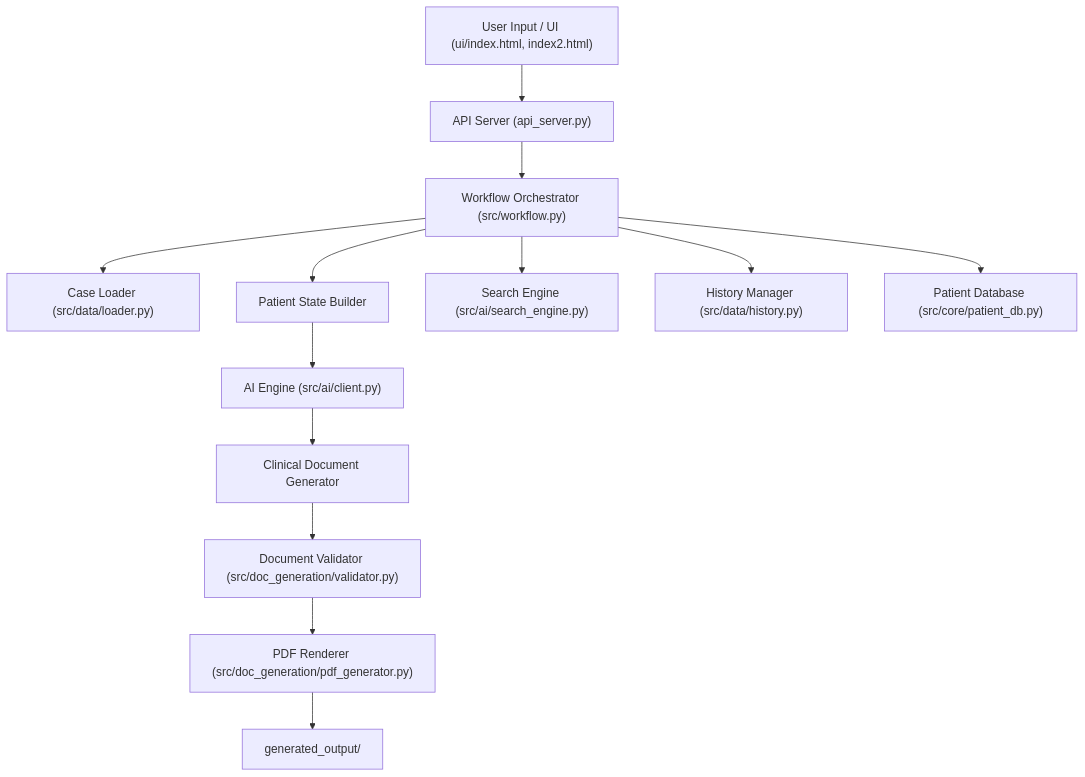
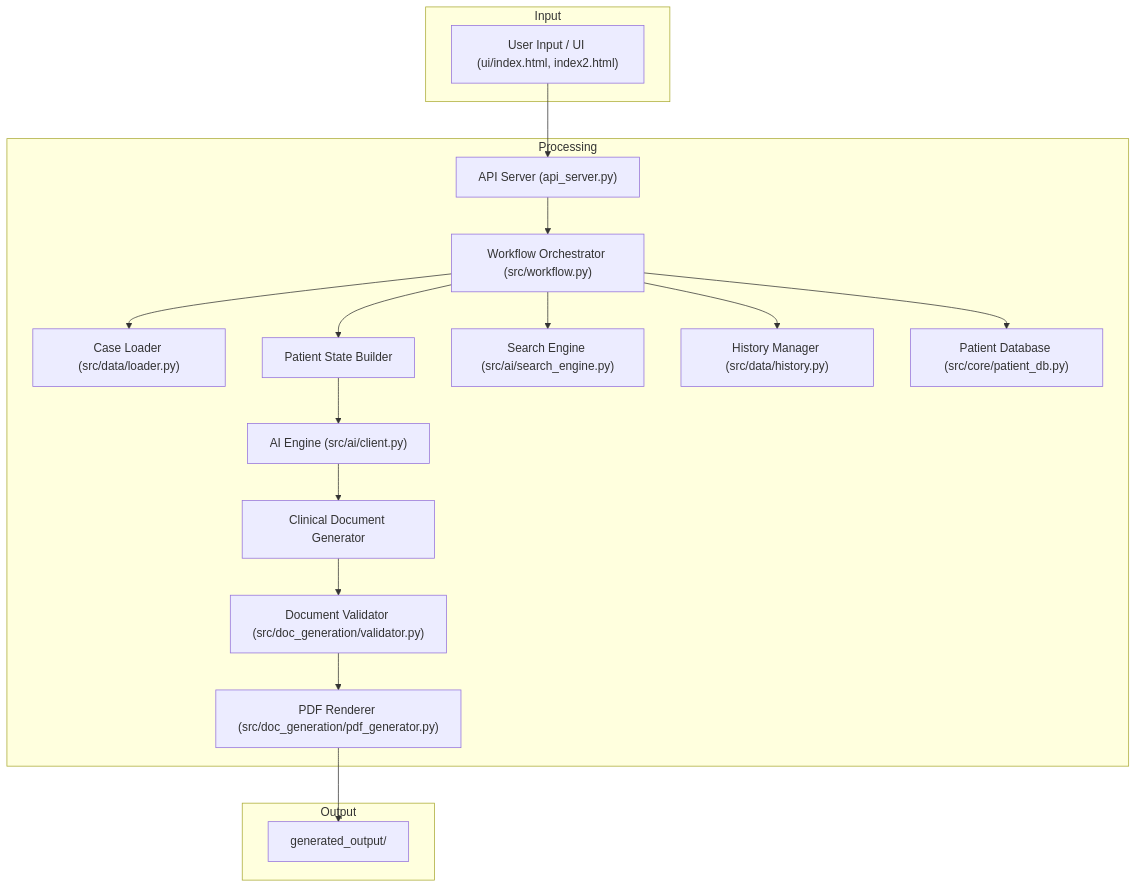
The diagram in ARCHITECTURE.md (akshaykumarar3/pdgenerator), drawn with Mermaid before and after one commit. The commit also changed other lines of this file and 13 other files, not shown here.

````diff
--- a/ARCHITECTURE.md
+++ b/ARCHITECTURE.md
@@ -40,15 +42,22 @@
 ```mermaid
 graph TD
-    UI["User Input / UI (ui/index.html, index2.html)"] --> API["API Server (api_server.py)"]
-    API --> Generator["Workflow Orchestrator (src/workflow.py)"]
-    Generator --> DataLoader["Case Loader (src/data/loader.py)"]
-    Generator --> PatientState["Patient State Builder"]
-    PatientState --> AIEngine["AI Engine (src/ai/client.py)"]
-    AIEngine --> Documents["Clinical Document Generator"]
-    Documents --> Validator["Document Validator (src/doc_generation/validator.py)"]
-    Validator --> PDFFactory["PDF Renderer (src/doc_generation/pdf_generator.py)"]
-    PDFFactory --> Output["generated_output/"]
-    Generator --> Search["Search Engine (src/ai/search_engine.py)"]
-    Generator --> History["History Manager (src/data/history.py)"]
-    Generator --> DB["Patient Database (src/core/patient_db.py)"]
+    subgraph Input
+        UI["User Input / UI (ui/index.html, index2.html)"]
+    end
+    subgraph Processing
+        API["API Server (api_server.py)"] --> Generator["Workflow Orchestrator (src/workflow.py)"]
+        Generator --> DataLoader["Case Loader (src/data/loader.py)"]
+        Generator --> PatientState["Patient State Builder"]
+        PatientState --> AIEngine["AI Engine (src/ai/client.py)"]
+        AIEngine --> Documents["Clinical Document Generator"]
+        Documents --> Validator["Document Validator (src/doc_generation/validator.py)"]
+        Validator --> PDFFactory["PDF Renderer (src/doc_generation/pdf_generator.py)"]
+        Generator --> Search["Search Engine (src/ai/search_engine.py)"]
+        Generator --> History["History Manager (src/data/history.py)"]
+        Generator --> DB["Patient Database (src/core/patient_db.py)"]
+    end
+    subgraph Output
+        PDFFactory --> OutputDir["generated_output/"]
+    end
+    UI --> API
 ```
````
